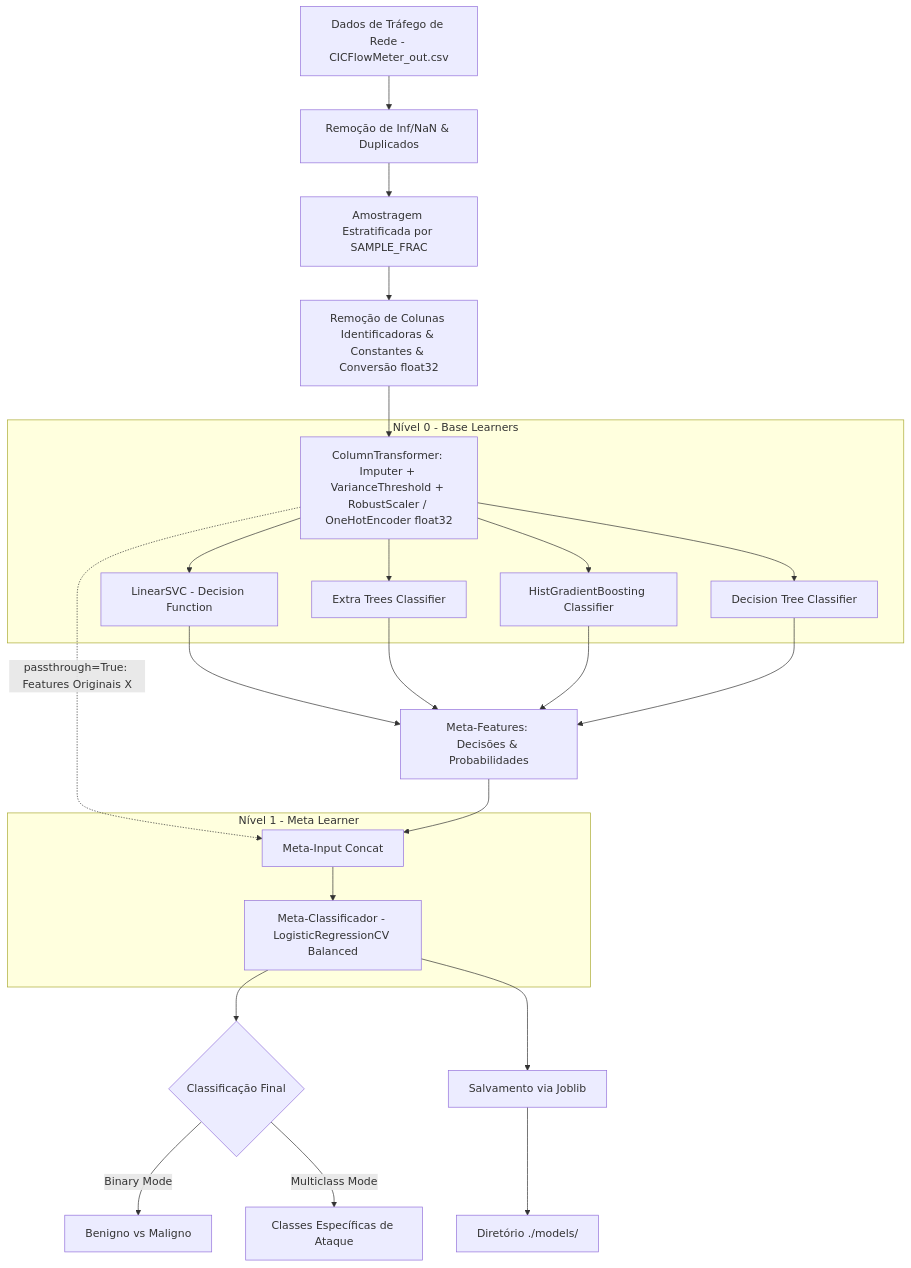
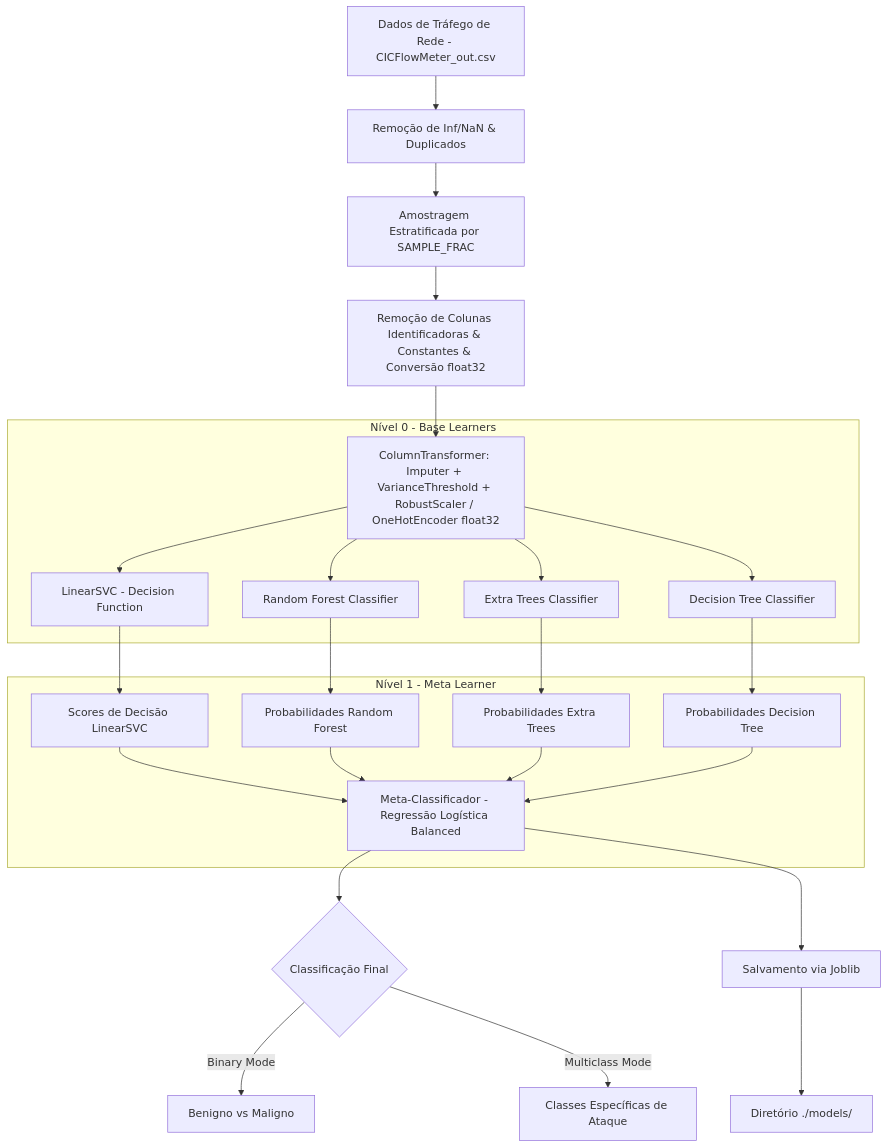
One commit to yyggrasil/AIDS changed the first of 2 diagrams in specs/architecture.md. Above: the diagram before and after it, drawn with Mermaid. The commit also changed other lines of this file and 4 other files, not shown here.

Commit message:
feat(models): remove gradient boosting from Stacking and optimize ensemble to outperform DT and SVM

````diff
--- a/specs/architecture.md
+++ b/specs/architecture.md
@@ -60,31 +58,32 @@
 ```mermaid
 flowchart TD
     A[Dados de Tráfego de Rede - CICFlowMeter_out.csv] --> B[Remoção de Inf/NaN & Duplicados]
     B --> C[Amostragem Estratificada por SAMPLE_FRAC]
     C --> D[Remoção de Colunas Identificadoras & Constantes & Conversão float32]
     D --> E[ColumnTransformer: Imputer + VarianceThreshold + RobustScaler / OneHotEncoder float32]
 
     subgraph Nível 0 - Base Learners
         E --> F[LinearSVC - Decision Function]
-        E --> G[Extra Trees Classifier]
-        E --> H[HistGradientBoosting Classifier]
+        E --> G[Random Forest Classifier]
+        E --> H[Extra Trees Classifier]
         E --> I[Decision Tree Classifier]
     end
 
-    F --> J[Meta-Features: Decisões & Probabilidades]
-    G --> J
-    H --> J
-    I --> J
-    E -.->|passthrough=True: Features Originais X| K[Meta-Input Concat]
-    J --> K
+    F --> J[Scores de Decisão LinearSVC]
+    G --> K[Probabilidades Random Forest]
+    H --> L[Probabilidades Extra Trees]
+    I --> M[Probabilidades Decision Tree]
 
     subgraph Nível 1 - Meta Learner
-        K --> L[Meta-Classificador - LogisticRegressionCV Balanced]
+        J --> N[Meta-Classificador - Regressão Logística Balanced]
+        K --> N
+        L --> N
+        M --> N
     end
 
-    L --> M{Classificação Final}
-    M -->|Binary Mode| N[Benigno vs Maligno]
-    M -->|Multiclass Mode| O[Classes Específicas de Ataque]
+    N --> O{Classificação Final}
+    O -->|Binary Mode| P[Benigno vs Maligno]
+    O -->|Multiclass Mode| Q[Classes Específicas de Ataque]
 
-    L --> P[Salvamento via Joblib] --> Q[Diretório ./models/]
+    N --> R[Salvamento via Joblib] --> S[Diretório ./models/]
 ```
````
